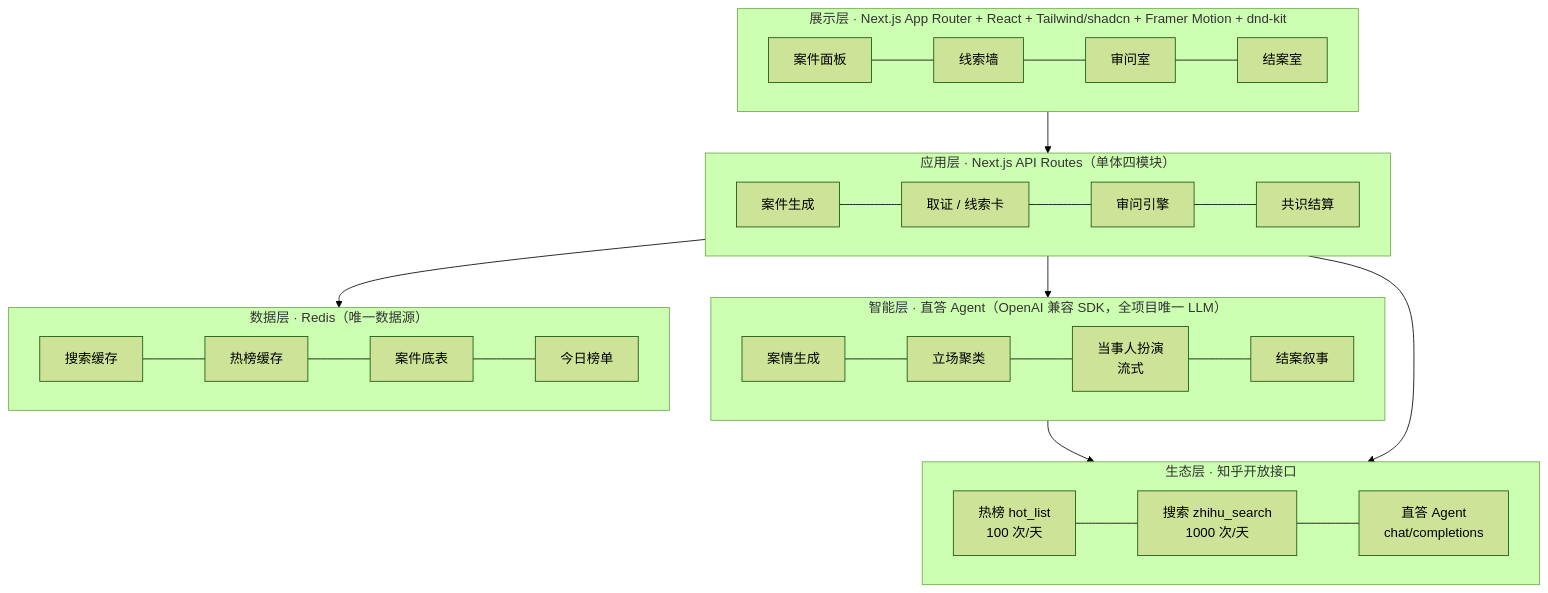
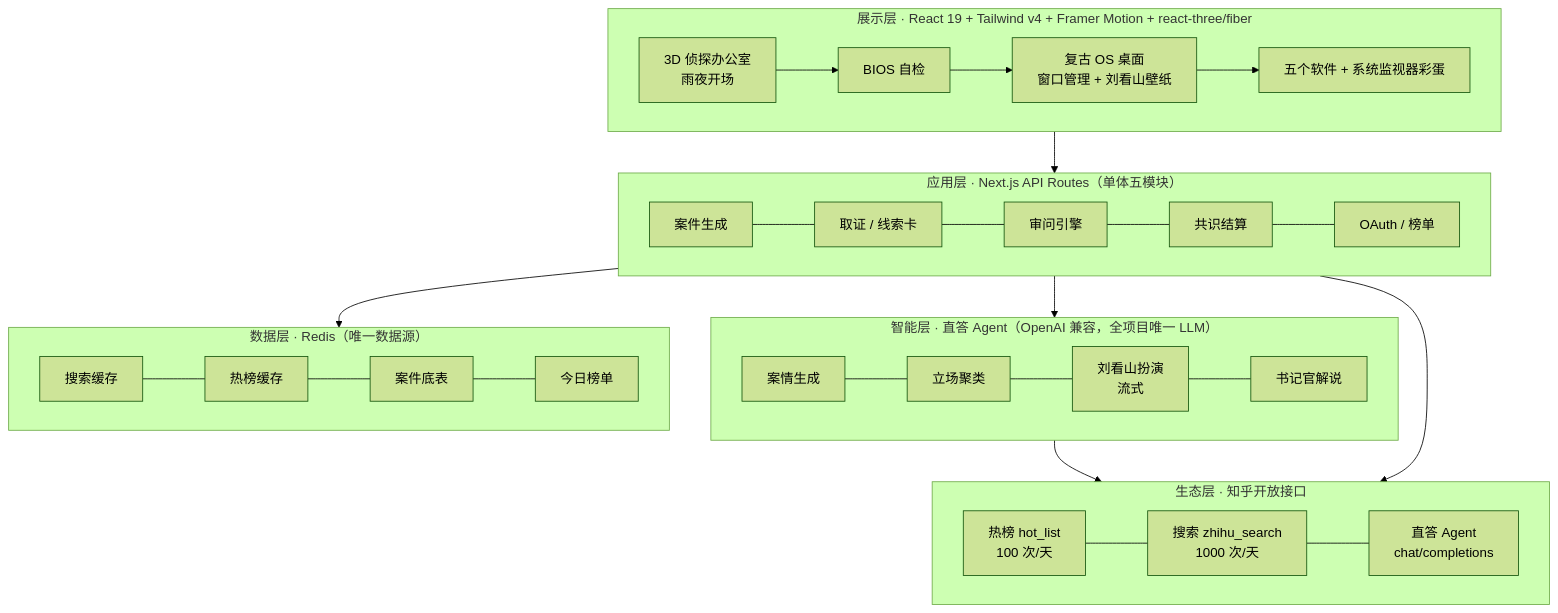
Before and after one commit to ShiYioo/trending-mystery: the first of 2 diagrams in README.md, drawn with Mermaid (forest theme). The commit also changed other lines of this file and 1 other file, not shown here.

Commit message:
docs: README 全面重构——复古电脑世界观、真实技术选型纠错、直答实测三条、刘看山生态位、如实路线图

````diff
--- a/README.md
+++ b/README.md
@@ -161,28 +170,28 @@
 ```mermaid
 flowchart TB
-    subgraph L1["展示层 · Next.js App Router + React + Tailwind/shadcn + Framer Motion + dnd-kit"]
+    subgraph L1["展示层 · React 19 + Tailwind v4 + Framer Motion + react-three/fiber"]
         direction LR
-        R1[案件面板] --- R2[线索墙] --- R3[审问室] --- R4[结案室]
+        R0[3D 侦探办公室<br/>雨夜开场] --> R1[BIOS 自检] --> R2[复古 OS 桌面<br/>窗口管理 + 刘看山壁纸] --> R3[五个软件 + 系统监视器彩蛋]
     end
-    subgraph L2["应用层 · Next.js API Routes（单体四模块）"]
+    subgraph L2["应用层 · Next.js API Routes（单体五模块）"]
         direction LR
-        M1[案件生成] --- M2[取证 / 线索卡] --- M3[审问引擎] --- M4[共识结算]
+        M1[案件生成] --- M2[取证 / 线索卡] --- M3[审问引擎] --- M4[共识结算] --- M5[OAuth / 榜单]
     end
-    subgraph L3["智能层 · 直答 Agent（OpenAI 兼容 SDK，全项目唯一 LLM）"]
+    subgraph L3["智能层 · 直答 Agent（OpenAI 兼容，全项目唯一 LLM）"]
         direction LR
-        A1[案情生成] --- A2[立场聚类] --- A3[当事人扮演<br/>流式] --- A4[结案叙事]
+        A1[案情生成] --- A2[立场聚类] --- A3[刘看山扮演<br/>流式] --- A4[书记官解说]
     end
     subgraph L4["数据层 · Redis（唯一数据源）"]
         direction LR
         D1[搜索缓存] --- D2[热榜缓存] --- D3[案件底表] --- D4[今日榜单]
     end
     subgraph L5["生态层 · 知乎开放接口"]
         direction LR
         Z1["热榜 hot_list<br/>100 次/天"] --- Z2["搜索 zhihu_search<br/>1000 次/天"] --- Z3["直答 Agent<br/>chat/completions"]
     end
     L1 --> L2
     L2 --> L3
     L2 --> L4
     L3 --> L5
     L2 --> L5
 ```
````
